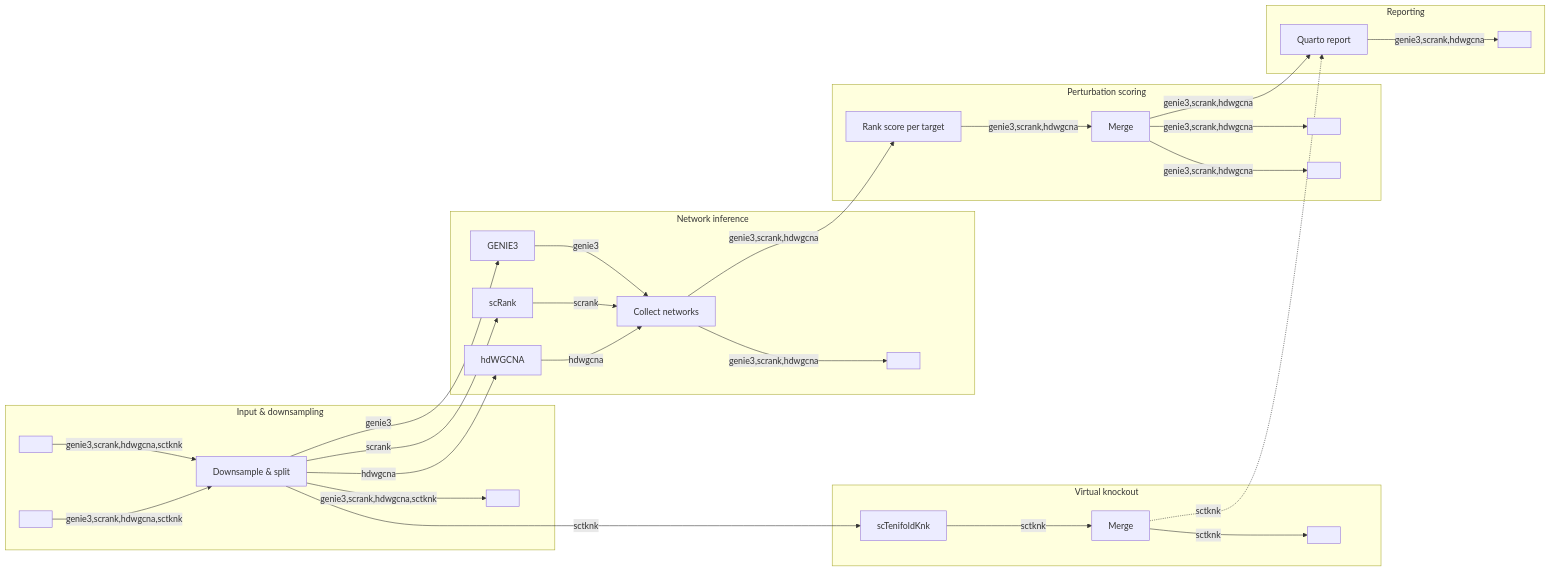
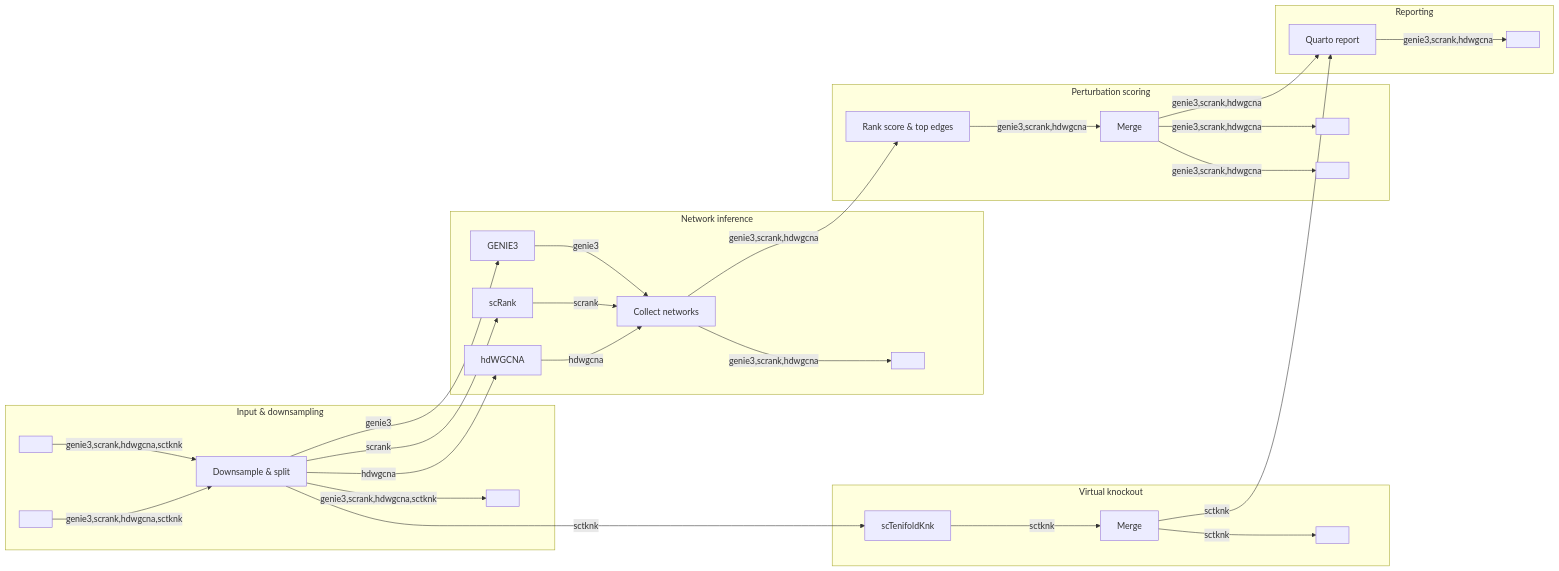
Before and after one commit to MCBLab/NetPerturb: the diagram in docs/netperturb_metro.mmd, drawn with Mermaid. The commit also changed 8 other files, not shown here.

```diff
--- a/docs/netperturb_metro.mmd
+++ b/docs/netperturb_metro.mmd
@@ -1,121 +1,132 @@
 %%metro title: MCBLab/NetPerturb
 %%metro style: dark
 %%metro legend: bl
 %%metro compact_offsets: true
 
 %% genie3/scrank/hdwgcna are the --network methods and are mutually
 %% exclusive: a run rides exactly one of them end to end. sctknk is not one
 %% of them -- it is its own line, switched on with --sctknk, and runs either
 %% alone (terminating at sctknk_txt) or in parallel with one of the other
 %% three (additionally transferring into that run's report -- the dashed
 %% segment below).
 %%metro line: genie3  | --network genie3            (GENIE3)         | #2db572
 %%metro line: scrank  | --network scrank            (scRank)         | #e6550d
 %%metro line: hdwgcna | --network hdwgcna           (hdWGCNA)        | #756bb1
 %%metro line: sctknk  | --sctknk                    (scTenifoldKnk)  | #0570b0
 
 %% Pipeline inputs (--obj, --target) and published outputs
 %%metro file:  obj_in      | RDS  | --obj
 %%metro file:  targets_in  | TXT  | --target
 %%metro files: net_rds     | RDS  | Network weights
 %%metro file:  score_txt   | TXT  | Scores
 %%metro file:  conn_txt    | TXT  | Top connections
 %%metro file:  sctknk_txt  | TXT  | DR genes
 %%metro file:  umap_png    | PNG  | UMAP
 %%metro file:  report_html | HTML | Report
 
 %% Lift published outputs off the track so they hang above it as termini
 %%metro off_track: umap_png, net_rds, score_txt, conn_txt, sctknk_txt
 
 %% Station -> Nextflow process, for `nf-metro serve` live overlays
 %%metro process: downsample    | DOWNSAMPLE
 %%metro process: genie3_net    | GENIE3
 %%metro process: scrank_net    | SCRANK
 %%metro process: hdwgcna_net   | HDWGCNA
 %%metro process: sctenifoldknk | SCTENIFOLDKNK
 %%metro process: rank_score    | RANK_SCORE
 %%metro process: merge         | MERGE
 %%metro process: merge_sctknk  | MERGE_SCTENIFOLDKNK
 %%metro process: report        | REPORT
 
 graph LR
     subgraph input [Input & downsampling]
         %%metro exit: right | genie3, scrank, hdwgcna, sctknk
         obj_in[ ]
         targets_in[ ]
         downsample[Downsample & split]
         umap_png[ ]
 
         obj_in -->|genie3,scrank,hdwgcna,sctknk| downsample
         targets_in -->|genie3,scrank,hdwgcna,sctknk| downsample
         downsample -->|genie3,scrank,hdwgcna,sctknk| umap_png
     end
 
     subgraph inference [Network inference]
         %%metro entry: left | genie3, scrank, hdwgcna
         %%metro exit: right | genie3, scrank, hdwgcna
         genie3_net[GENIE3]
         scrank_net[scRank]
         hdwgcna_net[hdWGCNA]
         collect_nets[Collect networks]
         net_rds[ ]
 
         genie3_net -->|genie3| collect_nets
         scrank_net -->|scrank| collect_nets
         hdwgcna_net -->|hdwgcna| collect_nets
         collect_nets -->|genie3,scrank,hdwgcna| net_rds
     end
 
     subgraph knockout [Virtual knockout]
         %%metro entry: left | sctknk
         %%metro exit: right | sctknk
         %% Target-specific by construction, so this runs once per cell
-        %% identity x target pair rather than once per identity.
+        %% identity x gene pair rather than once per identity. scTenifoldKnk
+        %% knocks out exactly one gene per run, so a ';'-joined target is
+        %% split into one knockout per gene, deduplicated across the file.
         sctenifoldknk[scTenifoldKnk]
         merge_sctknk[Merge]
         sctknk_txt[ ]
 
         sctenifoldknk -->|sctknk| merge_sctknk
         merge_sctknk -->|sctknk| sctknk_txt
     end
 
     subgraph scoring [Perturbation scoring]
         %%metro entry: left | genie3, scrank, hdwgcna
         %%metro exit: right | genie3, scrank, hdwgcna
-        rank_score[Rank score per target]
+        rank_score[Rank score & top edges]
         merge[Merge]
         score_txt[ ]
         conn_txt[ ]
 
         rank_score -->|genie3,scrank,hdwgcna| merge
         merge -->|genie3,scrank,hdwgcna| score_txt
         merge -->|genie3,scrank,hdwgcna| conn_txt
     end
 
     subgraph reporting [Reporting]
         %%metro entry: left | genie3, scrank, hdwgcna
         report[Quarto report]
         report_html[ ]
 
         report -->|genie3,scrank,hdwgcna| report_html
     end
 
     %% The per-identity objects fan out into whichever method was selected;
-    %% sctknk additionally fans out over every target, not shown as a
-    %% separate line here since the map tracks pipeline stages, not targets.
+    %% sctknk additionally fans out over every knocked-out gene, not shown as
+    %% a separate line here since the map tracks pipeline stages, not genes.
     downsample -->|genie3| genie3_net
     downsample -->|scrank| scrank_net
     downsample -->|hdwgcna| hdwgcna_net
     downsample -->|sctknk| sctenifoldknk
 
     %% All per-identity networks are collected and scored against every target.
     collect_nets -->|genie3,scrank,hdwgcna| rank_score
 
-    %% The merged score table is rendered into the HTML report.
+    %% Only the merged score table reaches the report. The top-connections
+    %% table beside it is published for downstream use and no longer rendered:
+    %% its figure was repointed at the knockout networks below. REPORT also
+    %% embeds the UMAP published in section 1; that feed is left off the map,
+    %% since a section 1 -> section 5 edge would sweep the whole width and read
+    %% as a route rather than as the side artefact it is.
     merge -->|genie3,scrank,hdwgcna| report
 
     %% When a --network track is running too, sctknk transfers its DR gene
-    %% table into that same report as its last two sections; dashed because this
-    %% leg only runs in that case (a --sctknk run with no --network stops at
-    %% sctknk_txt above and never reaches report).
-    merge_sctknk -.->|sctknk| report
+    %% table into that same report as its last two sections. This leg only runs
+    %% in that case -- a --sctknk run with no --network stops at sctknk_txt
+    %% above and never reaches report -- but it is drawn as an ordinary segment
+    %% because nf-metro's grammar takes only -->, --- and ==>, and discards the
+    %% arrow kind anyway: a Mermaid dashed -.-> is dropped with a warning and
+    %% the leg disappears from the map entirely, which is what happened here
+    %% until now.
+    merge_sctknk -->|sctknk| report
```
